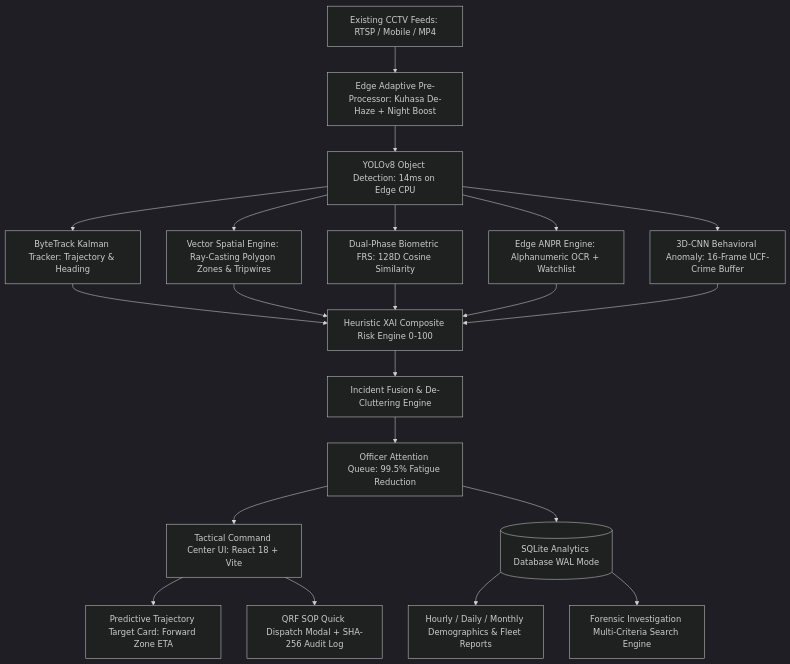
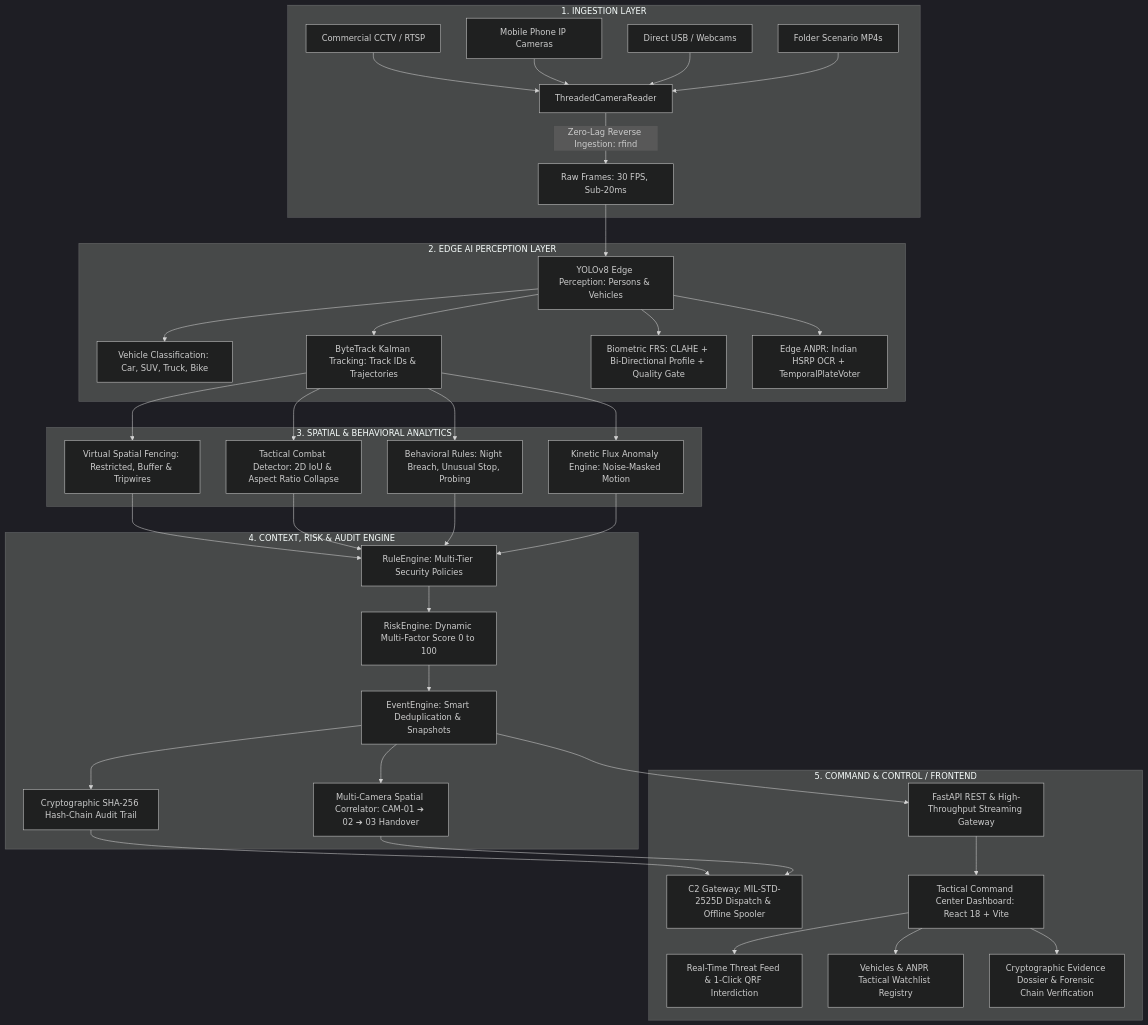
The diagram in docs/IBVAP_Detailed_Summary_Report.md (Rohan103-kr/IBVAP), drawn with Mermaid (dark theme) before and after one commit. The commit also changed other lines of this file and 123 other files, not shown here.

Commit message:
feat: Complete IBVAP multi-camera intelligence platform, tactical dashboard, test suite & guides

````diff
--- a/docs/IBVAP_Detailed_Summary_Report.md
+++ b/docs/IBVAP_Detailed_Summary_Report.md
@@ -20,22 +30,42 @@
 ```mermaid
-graph TD
-    A[Existing CCTV Feeds: RTSP / Mobile / MP4] --> B[Edge Adaptive Pre-Processor: Kuhasa De-Haze + Night Boost]
-    B --> C[YOLOv8 Object Detection: 14ms on Edge CPU]
-    C --> D[ByteTrack Kalman Tracker: Trajectory & Heading]
-    C --> E[Vector Spatial Engine: Ray-Casting Polygon Zones & Tripwires]
-    C --> F[Dual-Phase Biometric FRS: 128D Cosine Similarity]
-    C --> G[Edge ANPR Engine: Alphanumeric OCR + Watchlist]
-    C --> H[3D-CNN Behavioral Anomaly: 16-Frame UCF-Crime Buffer]
-    
-    D & E & F & G & H --> I[Heuristic XAI Composite Risk Engine 0-100]
-    I --> J[Incident Fusion & De-Cluttering Engine]
-    J --> K[Officer Attention Queue: 99.5% Fatigue Reduction]
-    
-    K --> L[Tactical Command Center UI: React 18 + Vite]
-    K --> M[(SQLite Analytics Database WAL Mode)]
-    
-    M --> N[Hourly / Daily / Monthly Demographics & Fleet Reports]
-    M --> O[Forensic Investigation Multi-Criteria Search Engine]
-    L --> P[Predictive Trajectory Target Card: Forward Zone ETA]
-    L --> Q[QRF SOP Quick Dispatch Modal + SHA-256 Audit Log]
+flowchart TD
+    subgraph INGESTION["1. INGESTION LAYER"]
+        A1[Commercial CCTV / RTSP] --> R[ThreadedCameraReader]
+        A2[Mobile Phone IP Cameras] --> R
+        A3[Direct USB / Webcams] --> R
+        A4[Folder Scenario MP4s] --> R
+        R -->|Zero-Lag Reverse Ingestion: rfind| B[Raw Frames: 30 FPS, Sub-20ms]
+    end
+
+    subgraph PERCEPTION["2. EDGE AI PERCEPTION LAYER"]
+        B --> C1[YOLOv8 Edge Perception: Persons & Vehicles]
+        C1 --> C2[Vehicle Classification: Car, SUV, Truck, Bike]
+        C1 --> C3[ByteTrack Kalman Tracking: Track IDs & Trajectories]
+        C1 --> C4[Biometric FRS: CLAHE + Bi-Directional Profile + Quality Gate]
+        C1 --> C5[Edge ANPR: Indian HSRP OCR + TemporalPlateVoter]
+    end
+
+    subgraph BEHAVIOR["3. SPATIAL & BEHAVIORAL ANALYTICS"]
+        C3 --> D1[Virtual Spatial Fencing: Restricted, Buffer & Tripwires]
+        C3 --> D2[Tactical Combat Detector: 2D IoU & Aspect Ratio Collapse]
+        C3 --> D3[Behavioral Rules: Night Breach, Unusual Stop, Probing]
+        C3 --> D4[Kinetic Flux Anomaly Engine: Noise-Masked Motion]
+    end
+
+    subgraph INTELLIGENCE["4. CONTEXT, RISK & AUDIT ENGINE"]
+        D1 & D2 & D3 & D4 --> E1[RuleEngine: Multi-Tier Security Policies]
+        E1 --> E2[RiskEngine: Dynamic Multi-Factor Score 0 to 100]
+        E2 --> E3[EventEngine: Smart Deduplication & Snapshots]
+        E3 --> E4[Cryptographic SHA-256 Hash-Chain Audit Trail]
+        E3 --> E5[Multi-Camera Spatial Correlator: CAM-01 ➔ 02 ➔ 03 Handover]
+    end
+
+    subgraph C2_FRONTEND["5. COMMAND & CONTROL / FRONTEND"]
+        E4 & E5 --> F1[C2 Gateway: MIL-STD-2525D Dispatch & Offline Spooler]
+        E3 --> F2[FastAPI REST & High-Throughput Streaming Gateway]
+        F2 --> G1[Tactical Command Center Dashboard: React 18 + Vite]
+        G1 --> G2[Real-Time Threat Feed & 1-Click QRF Interdiction]
+        G1 --> G3[Vehicles & ANPR Tactical Watchlist Registry]
+        G1 --> G4[Cryptographic Evidence Dossier & Forensic Chain Verification]
+    end
 ```
````
